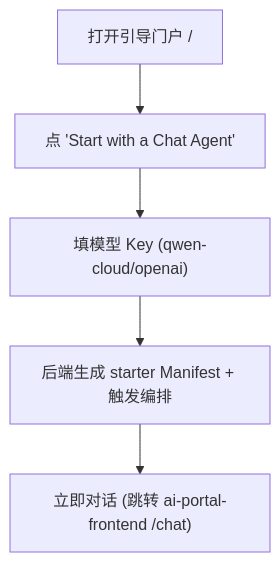
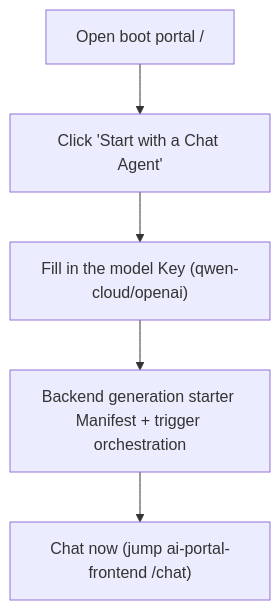
Before and after one commit to open-strata-ai/ai-guide-portal: the third of 3 diagrams in design/DESIGN.md, drawn with Mermaid. The commit also changed other lines of this file and 10 other files, not shown here.

````diff
--- a/design/DESIGN.md
+++ b/design/DESIGN.md
@@ -121,7 +121,7 @@
 ```mermaid
 flowchart TD
-    A["打开引导门户 /"] --> B["点 'Start with a Chat Agent'"]
-    B --> C["填模型 Key (qwen-cloud/openai)"]
-    C --> D["后端生成 starter Manifest + 触发编排"]
-    D --> E["立即对话 (跳转 ai-portal-frontend /chat)"]
+    A["Open boot portal /"] --> B["Click 'Start with a Chat Agent'"]
+    B --> C["Fill in the model Key (qwen-cloud/openai)"]
+    C --> D["Backend generation starter Manifest + trigger orchestration"]
+    D --> E["Chat now (jump ai-portal-frontend /chat)"]
 ```
````
